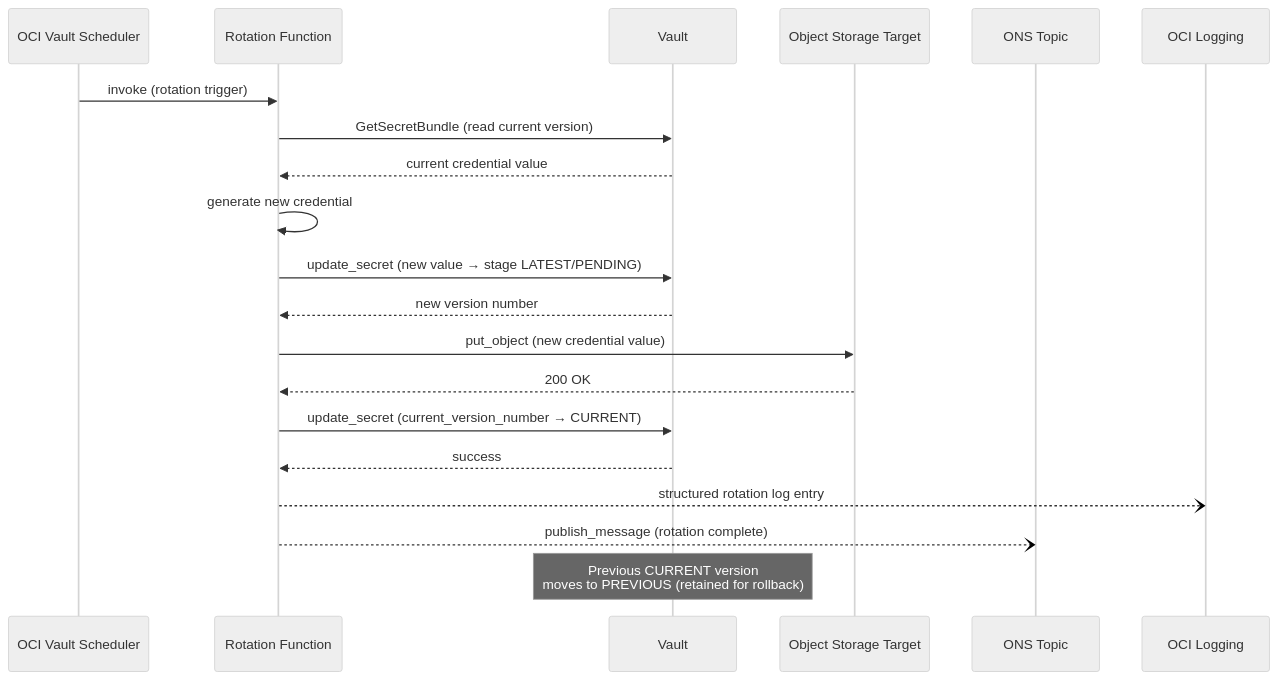
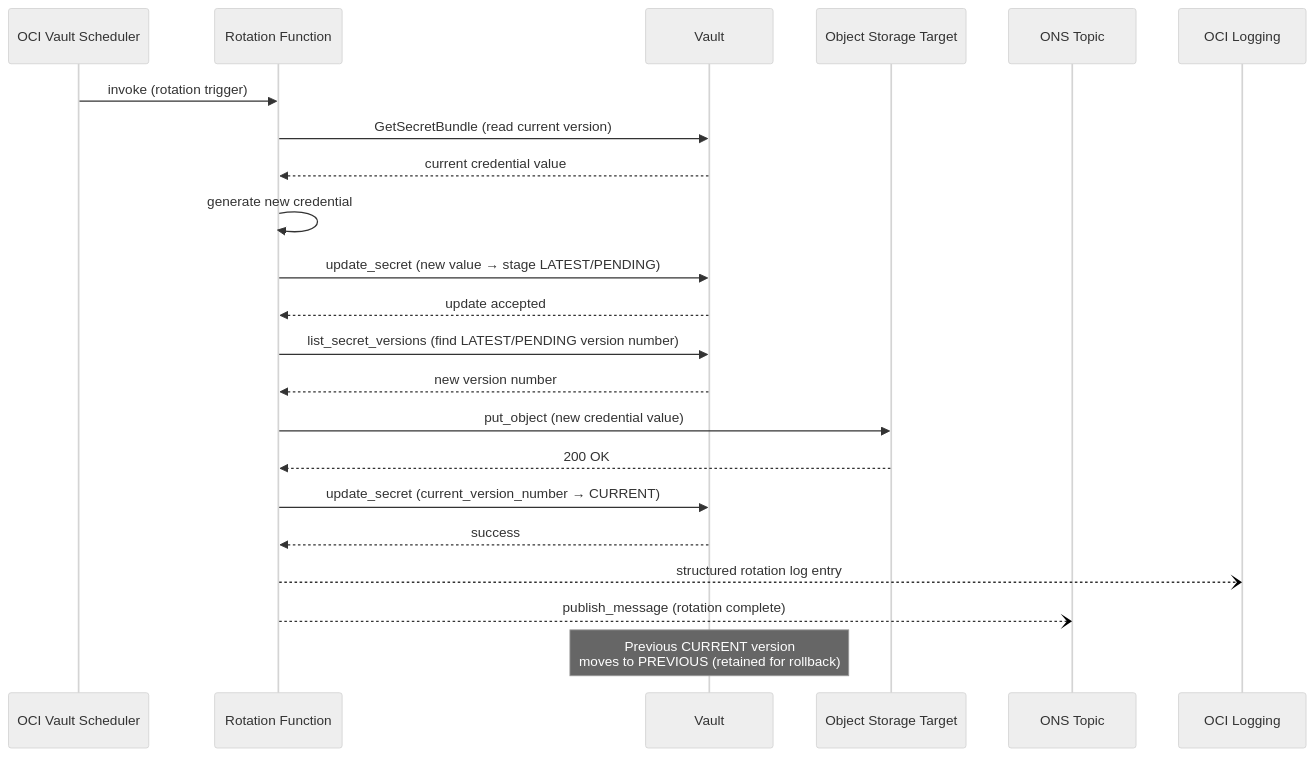
The second of 2 diagrams in docs/design.md (perspectivism/oci-secret-rotation), drawn with Mermaid (neutral theme) before and after one commit. The commit also changed 12 other files, not shown here.

````diff
--- a/docs/design.md
+++ b/docs/design.md
@@ -104,23 +104,25 @@
 ```mermaid
 sequenceDiagram
     participant VS as OCI Vault Scheduler
     participant FN as Rotation Function
     participant VW as Vault
     participant OS as Object Storage Target
     participant ONS as ONS Topic
     participant LG as OCI Logging
 
     VS->>FN: invoke (rotation trigger)
     FN->>VW: GetSecretBundle (read current version)
     VW-->>FN: current credential value
     FN->>FN: generate new credential
     FN->>VW: update_secret (new value → stage LATEST/PENDING)
+    VW-->>FN: update accepted
+    FN->>VW: list_secret_versions (find LATEST/PENDING version number)
     VW-->>FN: new version number
     FN->>OS: put_object (new credential value)
     OS-->>FN: 200 OK
     FN->>VW: update_secret (current_version_number → CURRENT)
     VW-->>FN: success
     FN--)LG: structured rotation log entry
     FN--)ONS: publish_message (rotation complete)
     Note over VW: Previous CURRENT version<br/>moves to PREVIOUS (retained for rollback)
 ```
````
